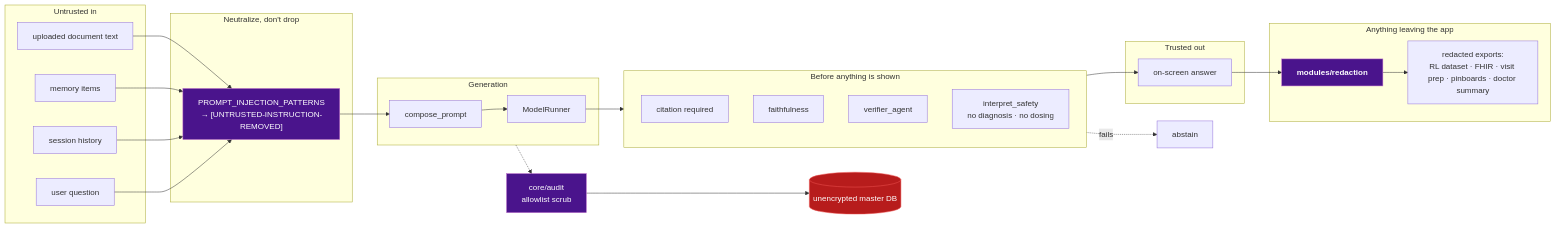
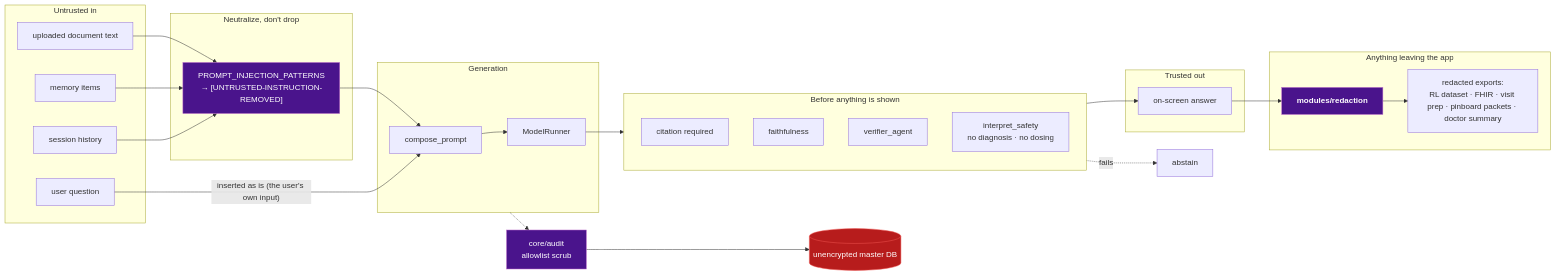
Before and after one commit to BrooklynD23/HealthCentral: the third of 3 diagrams in docs/architecture/pipelines.md, drawn with Mermaid. The commit also changed other lines of this file and 20 other files, not shown here.

````diff
--- a/docs/architecture/pipelines.md
+++ b/docs/architecture/pipelines.md
@@ -162,47 +178,49 @@
 ```mermaid
 flowchart LR
     subgraph inbound["Untrusted in"]
         DOC["uploaded document text"]
         MEM["memory items"]
         HIST["session history"]
         QUERY["user question"]
     end
 
     subgraph filters["Neutralize, don't drop"]
         INJ["PROMPT_INJECTION_PATTERNS<br/>→ [UNTRUSTED-INSTRUCTION-REMOVED]"]
     end
 
     subgraph generate["Generation"]
         PROMPT["compose_prompt"]
         LLM["ModelRunner"]
     end
 
     subgraph gates["Before anything is shown"]
         CITE["citation required"]
         FAITH["faithfulness"]
         VERIF["verifier_agent"]
         ISAFE["interpret_safety<br/>no diagnosis · no dosing"]
     end
 
     subgraph outbound["Trusted out"]
         SCREEN["on-screen answer"]
     end
 
     subgraph files["Anything leaving the app"]
         RED["<b>modules/redaction</b>"]
-        EXP["redacted exports:<br/>RL dataset · FHIR · visit prep · pinboards · doctor summary"]
+        EXP["redacted exports:<br/>RL dataset · FHIR · visit prep · pinboard packets · doctor summary"]
     end
 
     AUDIT["core/audit<br/>allowlist scrub"]
     MASTER[("unencrypted master DB")]
 
-    DOC & MEM & HIST & QUERY --> INJ --> PROMPT --> LLM --> gates --> SCREEN
+    DOC & MEM & HIST --> INJ --> PROMPT
+    QUERY -->|"inserted as is (the user's own input)"| PROMPT
+    PROMPT --> LLM --> gates --> SCREEN
     gates -.->|"fails"| ABST["abstain"]
     SCREEN --> RED --> EXP
     generate -.-> AUDIT --> MASTER
 
     style INJ fill:#4a148c,stroke:#ba68c8,color:#fff
     style RED fill:#4a148c,stroke:#ba68c8,color:#fff
     style AUDIT fill:#4a148c,stroke:#ba68c8,color:#fff
     style MASTER fill:#b71c1c,stroke:#ef5350,color:#fff
 ```
````
